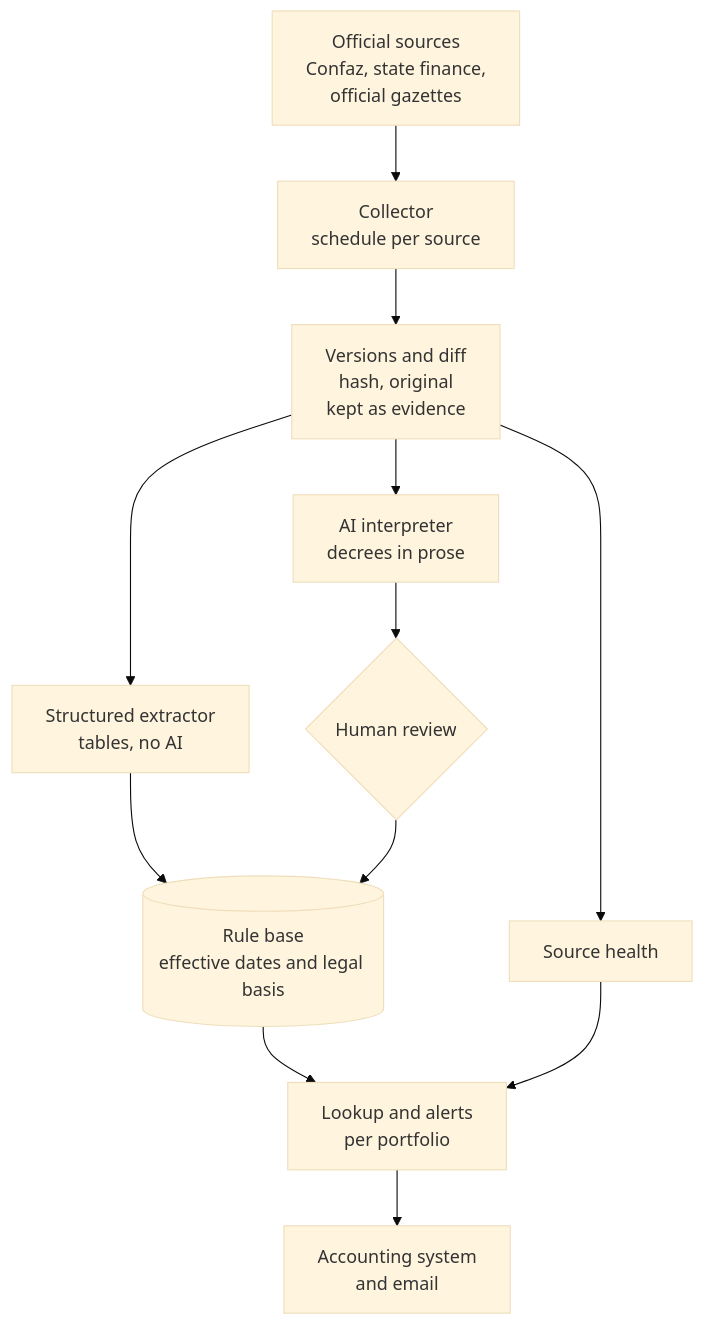
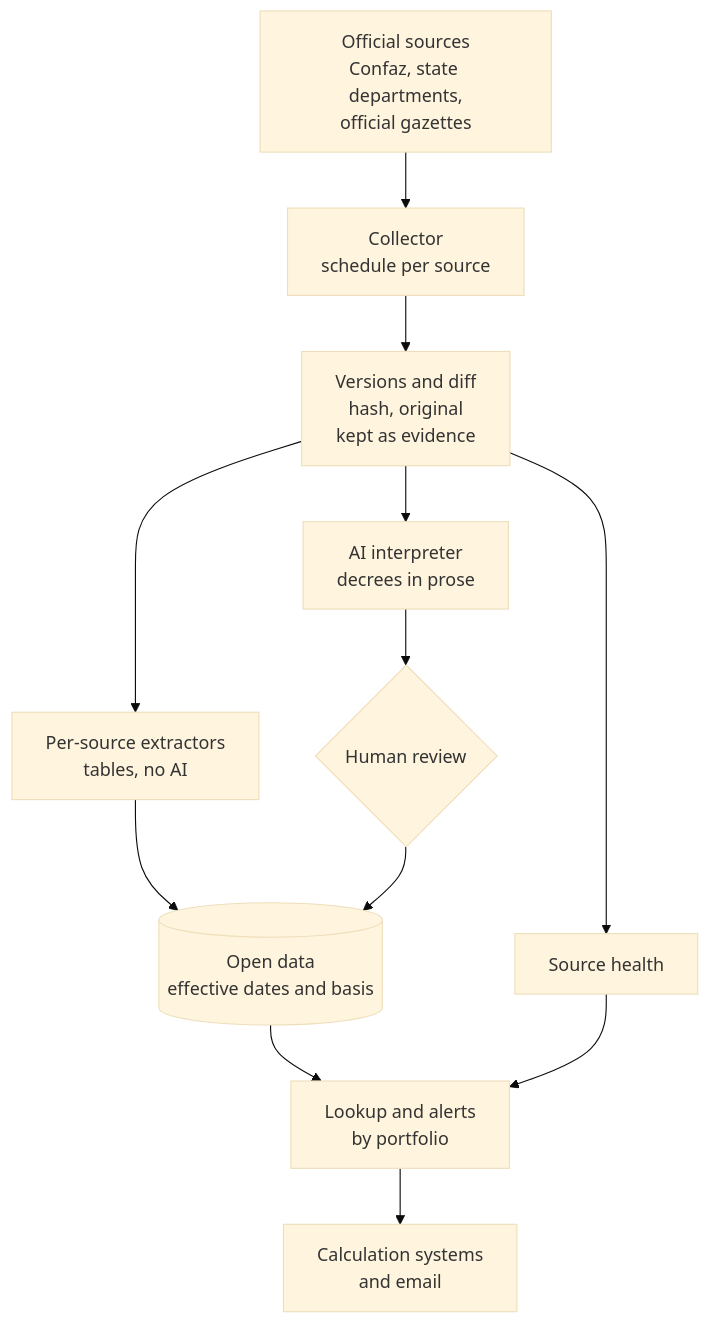
One commit to thiagogardev/thiagogardev.github.io changed the second of 2 diagrams in en/cases/icms-st.md. Above: the diagram before and after it, drawn with Mermaid (base theme). The commit also changed other lines of this file and 3 other files, not shown here.

````diff
--- a/en/cases/icms-st.md
+++ b/en/cases/icms-st.md
@@ -62,14 +62,14 @@
 ```mermaid
 flowchart TB
-  F[Official sources<br/>Confaz, state finance,<br/>official gazettes] --> C[Collector<br/>schedule per source]
+  F[Official sources<br/>Confaz, state departments,<br/>official gazettes] --> C[Collector<br/>schedule per source]
   C --> V[Versions and diff<br/>hash, original<br/>kept as evidence]
-  V --> E[Structured extractor<br/>tables, no AI]
+  V --> E[Per-source extractors<br/>tables, no AI]
   V --> I[AI interpreter<br/>decrees in prose]
   I --> R{Human review}
-  E --> B[(Rule base<br/>effective dates and legal basis)]
-  R --> B
+  E --> D[(Open data<br/>effective dates and basis)]
+  R --> D
   V --> S[Source health]
-  B --> A[Lookup and alerts<br/>per portfolio]
+  D --> A[Lookup and alerts<br/>by portfolio]
   S --> A
-  A --> X[Accounting system<br/>and email]
+  A --> X[Calculation systems<br/>and email]
 ```
````
